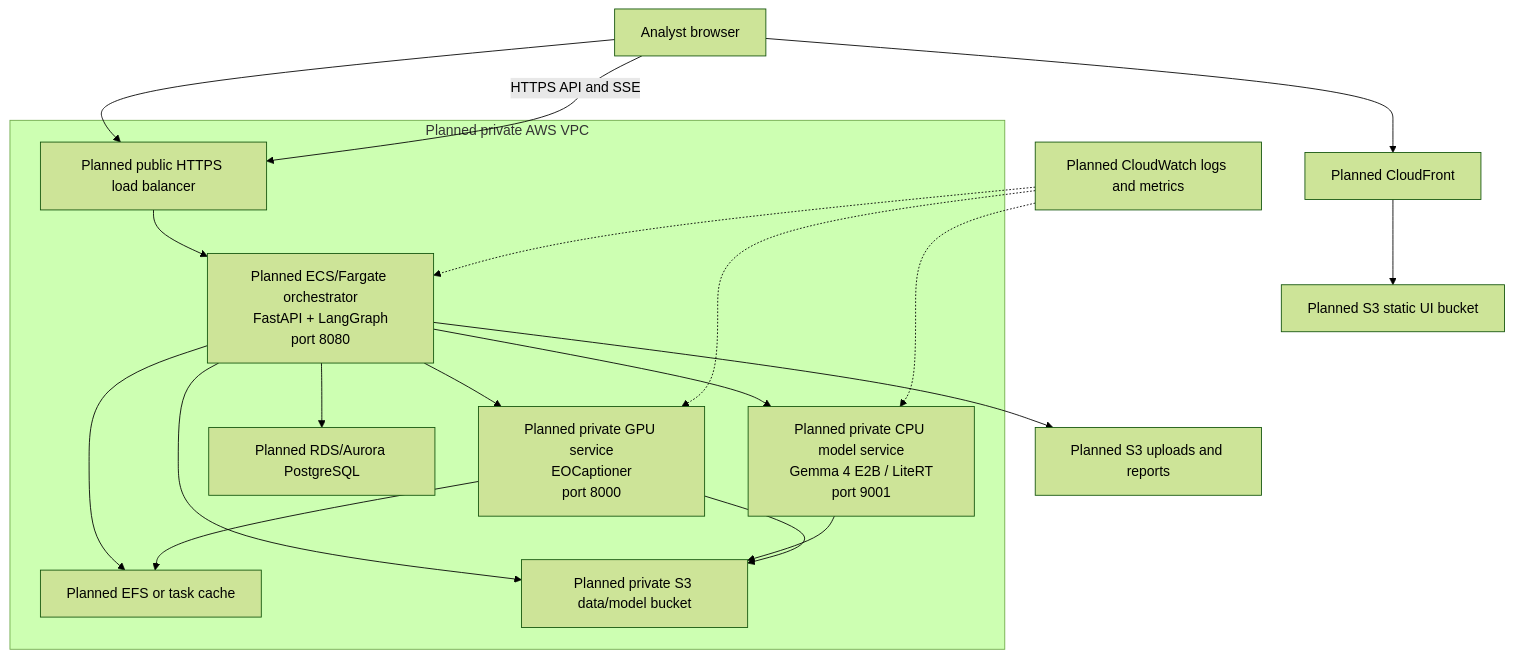
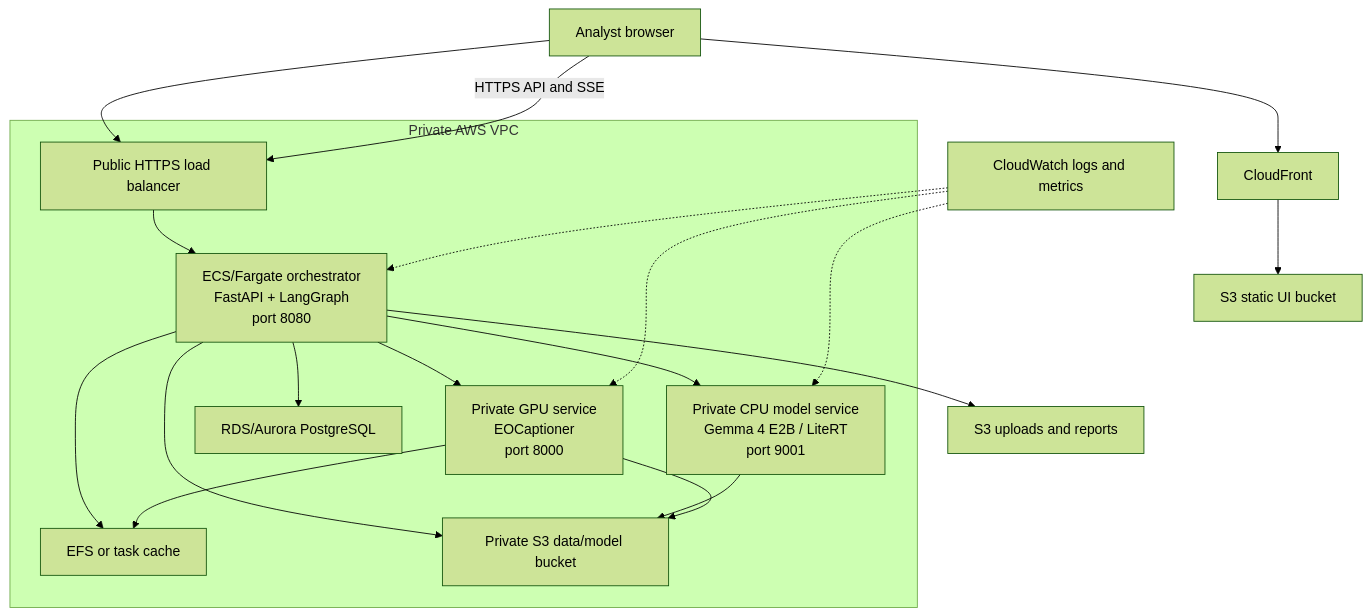
The first of 2 diagrams in docs/09-deployment.md (Siddh-2006/SatQuery_AI), drawn with Mermaid (forest theme) before and after one commit. The commit also changed other lines of this file and 1 other file, not shown here.

````diff
--- a/docs/09-deployment.md
+++ b/docs/09-deployment.md
@@ -30,24 +27,24 @@
 ```mermaid
 flowchart TB
-	 User[Analyst browser] --> CF[Planned CloudFront]
-	 CF --> UI[Planned S3 static UI bucket]
-	 User --> ALB[Planned public HTTPS load balancer]
+	 User[Analyst browser] --> CF[CloudFront]
+	 CF --> UI[S3 static UI bucket]
+	 User --> ALB[Public HTTPS load balancer]
 
-	 subgraph VPC[Planned private AWS VPC]
-		  ALB --> API[Planned ECS/Fargate orchestrator\nFastAPI + LangGraph\nport 8080]
-		  API --> LLM[Planned private CPU model service\nGemma 4 E2B / LiteRT\nport 9001]
-		  API --> EO[Planned private GPU service\nEOCaptioner\nport 8000]
-		  API --> DB[Planned RDS/Aurora PostgreSQL]
-		  API --> Cache[Planned EFS or task cache]
+	 subgraph VPC[Private AWS VPC]
+		  ALB --> API[ECS/Fargate orchestrator\nFastAPI + LangGraph\nport 8080]
+		  API --> LLM[Private CPU model service\nGemma 4 E2B / LiteRT\nport 9001]
+		  API --> EO[Private GPU service\nEOCaptioner\nport 8000]
+		  API --> DB[RDS/Aurora PostgreSQL]
+		  API --> Cache[EFS or task cache]
 		  EO --> Cache
-		  API --> Data[Planned private S3 data/model bucket]
+		  API --> Data[Private S3 data/model bucket]
 		  LLM --> Data
 		  EO --> Data
 	 end
 
-	 API --> Artifacts[Planned S3 uploads and reports]
+	 API --> Artifacts[S3 uploads and reports]
 	 User -->|HTTPS API and SSE| ALB
-	 Logs[Planned CloudWatch logs and metrics] -.-> API
+	 Logs[CloudWatch logs and metrics] -.-> API
 	 Logs -.-> LLM
 	 Logs -.-> EO
 ```
````
